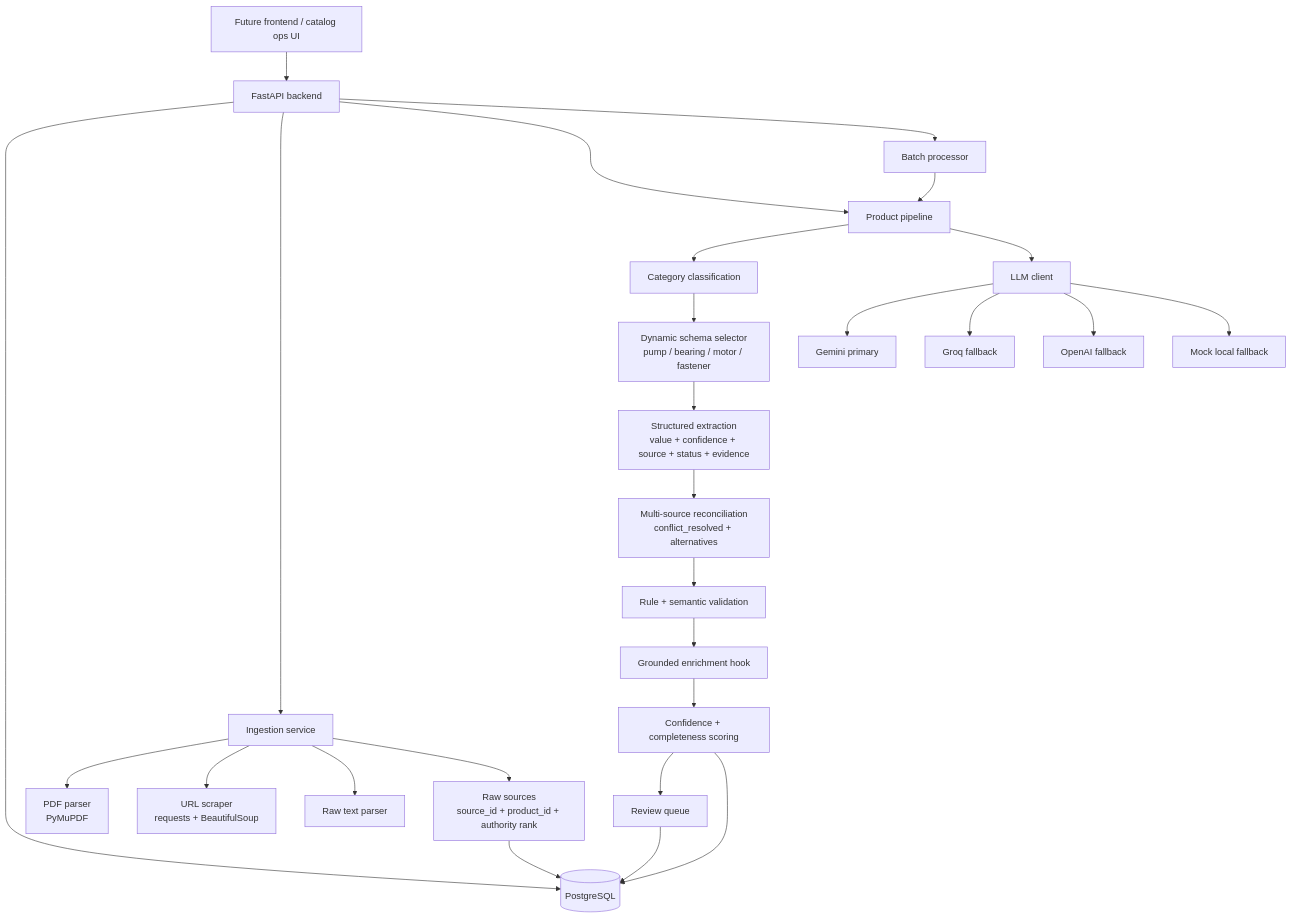
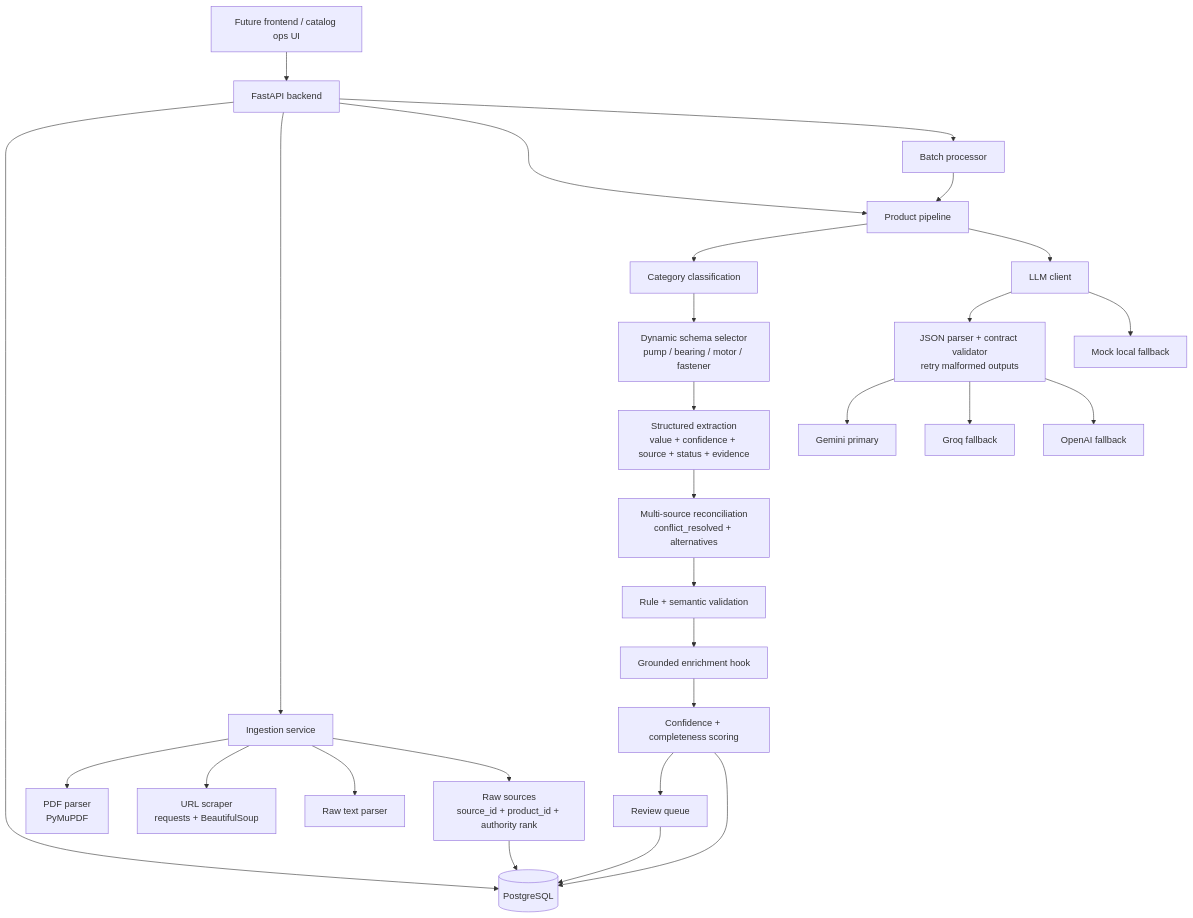
Before and after one commit to praju455/Ferrox: the diagram in README.md, drawn with Mermaid. The commit also changed other lines of this file and 4 other files, not shown here.

````diff
--- a/README.md
+++ b/README.md
@@ -65,32 +76,33 @@
 ```mermaid
 flowchart TD
     UI["Future frontend / catalog ops UI"] --> API["FastAPI backend"]
     API --> DB[("PostgreSQL")]
     API --> Ingest["Ingestion service"]
     Ingest --> PDF["PDF parser\nPyMuPDF"]
     Ingest --> URL["URL scraper\nrequests + BeautifulSoup"]
     Ingest --> Text["Raw text parser"]
     Ingest --> Sources["Raw sources\nsource_id + product_id + authority rank"]
     Sources --> DB
 
     API --> Pipeline["Product pipeline"]
     Pipeline --> Classify["Category classification"]
     Classify --> Schemas["Dynamic schema selector\npump / bearing / motor / fastener"]
     Schemas --> Extract["Structured extraction\nvalue + confidence + source + status + evidence"]
     Extract --> Reconcile["Multi-source reconciliation\nconflict_resolved + alternatives"]
     Reconcile --> Validate["Rule + semantic validation"]
     Validate --> Enrich["Grounded enrichment hook"]
     Enrich --> Score["Confidence + completeness scoring"]
     Score --> Review["Review queue"]
     Score --> DB
     Review --> DB
 
     Pipeline --> LLM["LLM client"]
-    LLM --> Gemini["Gemini primary"]
-    LLM --> Groq["Groq fallback"]
-    LLM --> OpenAI["OpenAI fallback"]
+    LLM --> JSON["JSON parser + contract validator\nretry malformed outputs"]
+    JSON --> Gemini["Gemini primary"]
+    JSON --> Groq["Groq fallback"]
+    JSON --> OpenAI["OpenAI fallback"]
     LLM --> Mock["Mock local fallback"]
 
     API --> Batch["Batch processor"]
     Batch --> Pipeline
 ```
````
